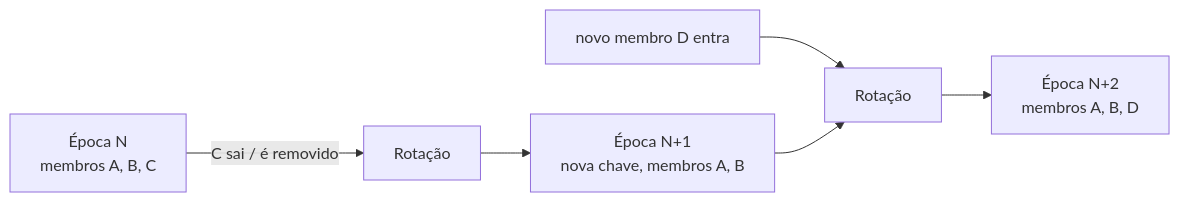
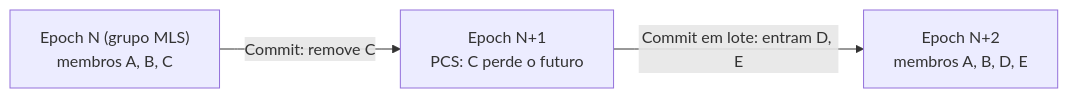
The third of 4 diagrams in docs/03-arquitetura-criptografica.md (ricardod31/partido), drawn with Mermaid before and after one commit. The commit also changed other lines of this file and 1 other file, not shown here.

````diff
--- a/docs/03-arquitetura-criptografica.md
+++ b/docs/03-arquitetura-criptografica.md
@@ -198,8 +210,5 @@
 ```mermaid
 flowchart LR
-    E1["Época N<br/>membros A, B, C"] -->|"C sai / é removido"| ROT["Rotação"]
-    ROT --> E2["Época N+1<br/>nova chave, membros A, B"]
-    A2["novo membro D entra"] --> ROT2["Rotação"]
-    E2 --> ROT2
-    ROT2 --> E3["Época N+2<br/>membros A, B, D"]
+    E1["Epoch N (grupo MLS)<br/>membros A, B, C"] -->|"Commit: remove C"| E2["Epoch N+1<br/>PCS: C perde o futuro"]
+    E2 -->|"Commit em lote: entram D, E"| E3["Epoch N+2<br/>membros A, B, D, E"]
 ```
````
